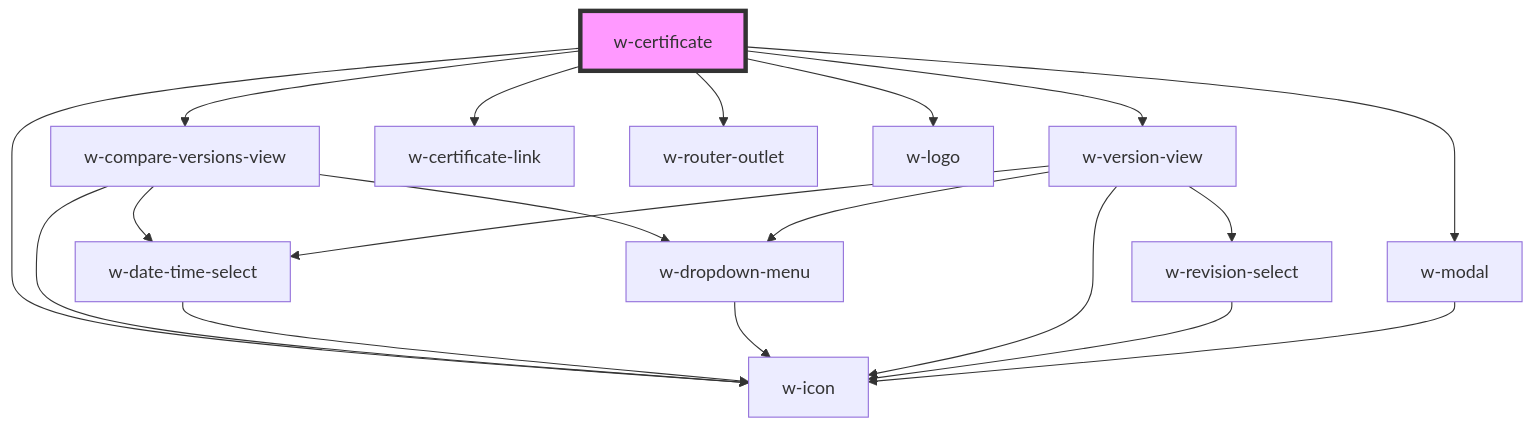
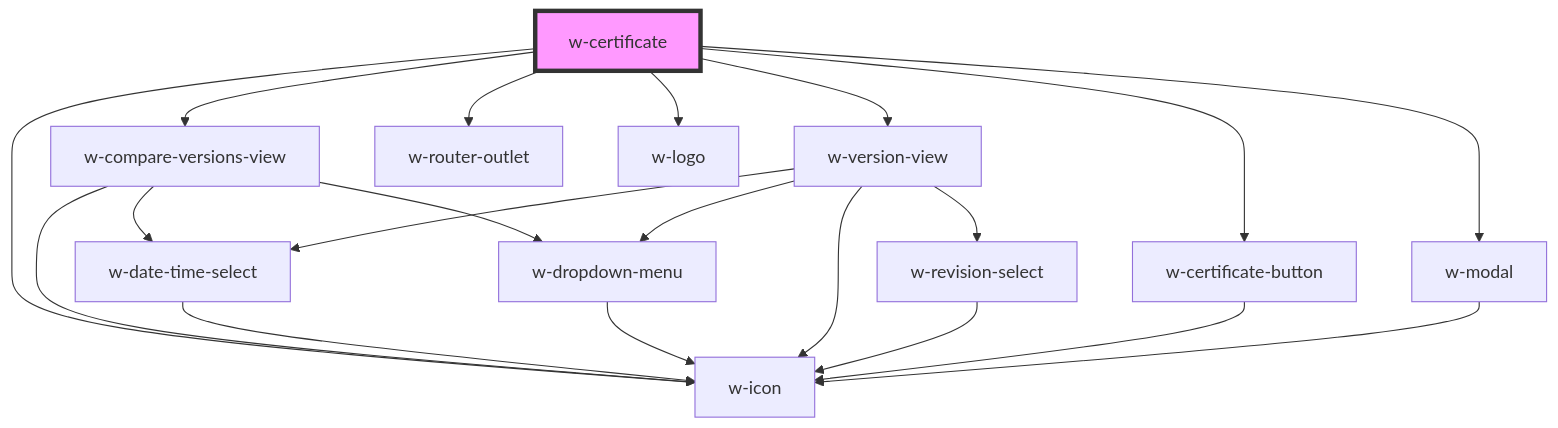
One commit to wordproof/ui changed the diagram in src/components/w-certificate/readme.md. Above: the diagram before and after it, drawn with Mermaid. The commit also changed other lines of this file and 2 other files, not shown here.

Commit message:
auto generate components docs

````diff
--- a/src/components/w-certificate/readme.md
+++ b/src/components/w-certificate/readme.md
@@ -31,22 +31,23 @@
 ```mermaid
 graph TD;
   w-certificate --> w-compare-versions-view
   w-certificate --> w-version-view
-  w-certificate --> w-certificate-link
+  w-certificate --> w-certificate-button
   w-certificate --> w-modal
   w-certificate --> w-icon
   w-certificate --> w-router-outlet
   w-certificate --> w-logo
   w-compare-versions-view --> w-date-time-select
   w-compare-versions-view --> w-icon
   w-compare-versions-view --> w-dropdown-menu
   w-date-time-select --> w-icon
   w-dropdown-menu --> w-icon
   w-version-view --> w-date-time-select
   w-version-view --> w-revision-select
   w-version-view --> w-icon
   w-version-view --> w-dropdown-menu
   w-revision-select --> w-icon
+  w-certificate-button --> w-icon
   w-modal --> w-icon
   style w-certificate fill:#f9f,stroke:#333,stroke-width:4px
 ```
````
